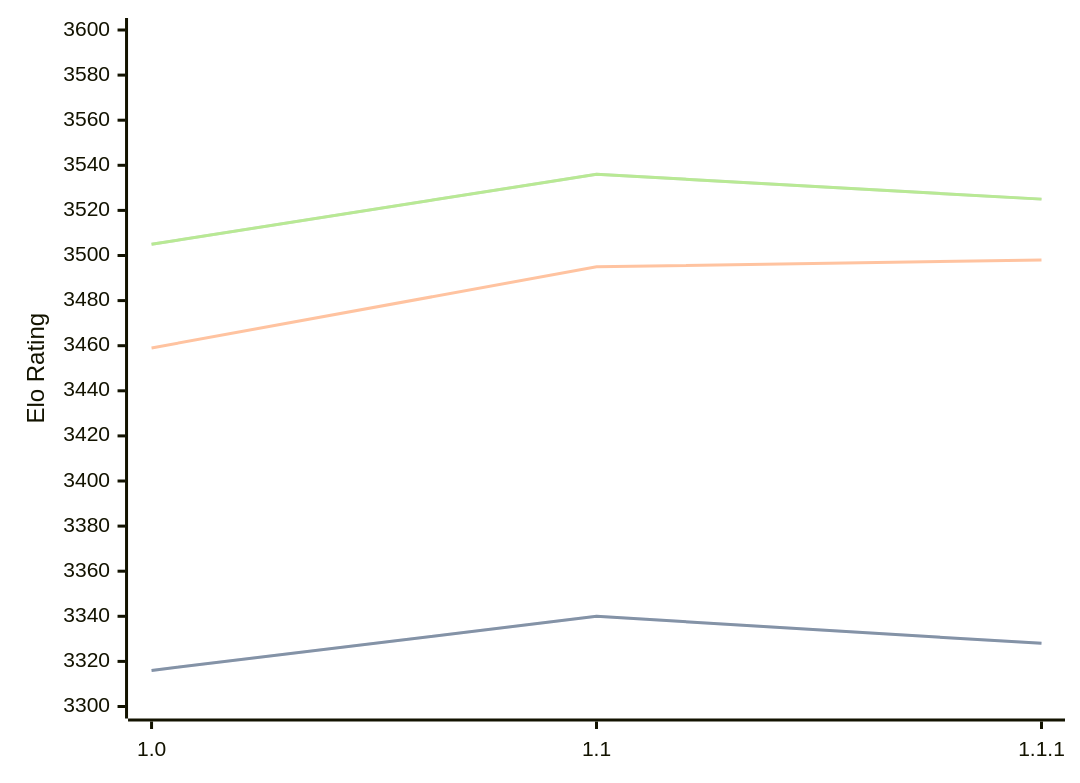
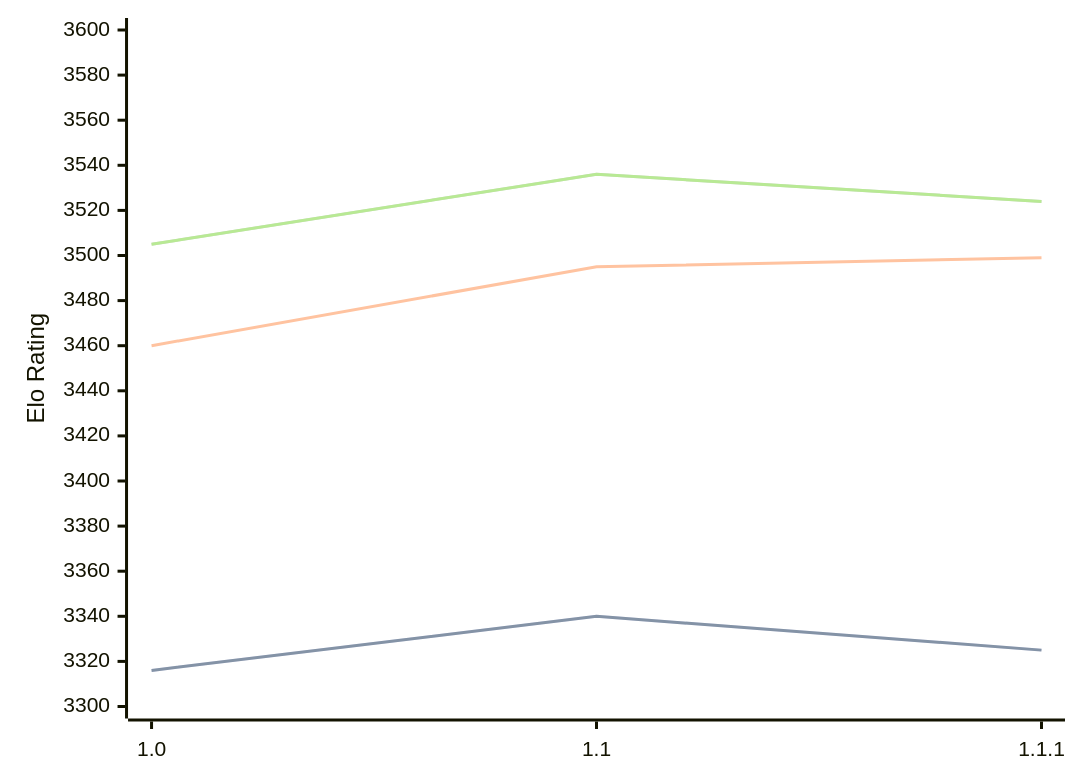
The diagram in engines/Icarus.md (computer-chess-index/cci), drawn with Mermaid before and after one commit. The commit also changed other lines of this file, not shown here.

Commit message:
Update CCI Ratings (ELO VLTC) - 2026-09-06

````diff
--- a/engines/Icarus.md
+++ b/engines/Icarus.md
@@ -33,11 +33,11 @@
 ```mermaid
 %%{init: {"theme":"base","themeVariables":{"seriesColors:['#a3a3a3','#222221','#faa371']}}}%%
 xychart-beta
   x-axis ["1.0", "1.1", "1.1.1"]
   y-axis "Elo Rating" 3300 --> 3600
-  line "" [3316, 3340, 3328]
-  line "STC (8.0+0.08s)" [3316, 3340, 3328]
-  line "LTC (60.0+0.60s)" [3459, 3495, 3498]
-  line "" [3505, 3536, 3525]
-  line "VLTC (2m24s+1.12s)" [3505, 3536, 3525]
+  line "" [3316, 3340, 3325]
+  line "STC (8.0+0.08s)" [3316, 3340, 3325]
+  line "LTC (60.0+0.60s)" [3460, 3495, 3499]
+  line "" [3505, 3536, 3524]
+  line "VLTC (2m24s+1.12s)" [3505, 3536, 3524]
 ```
````
